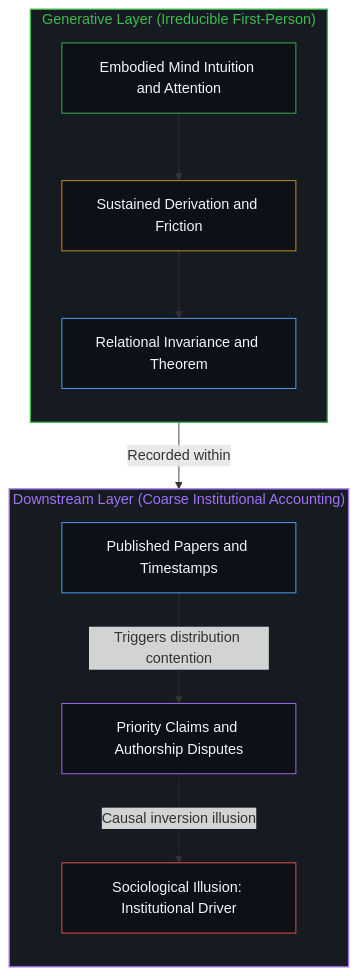
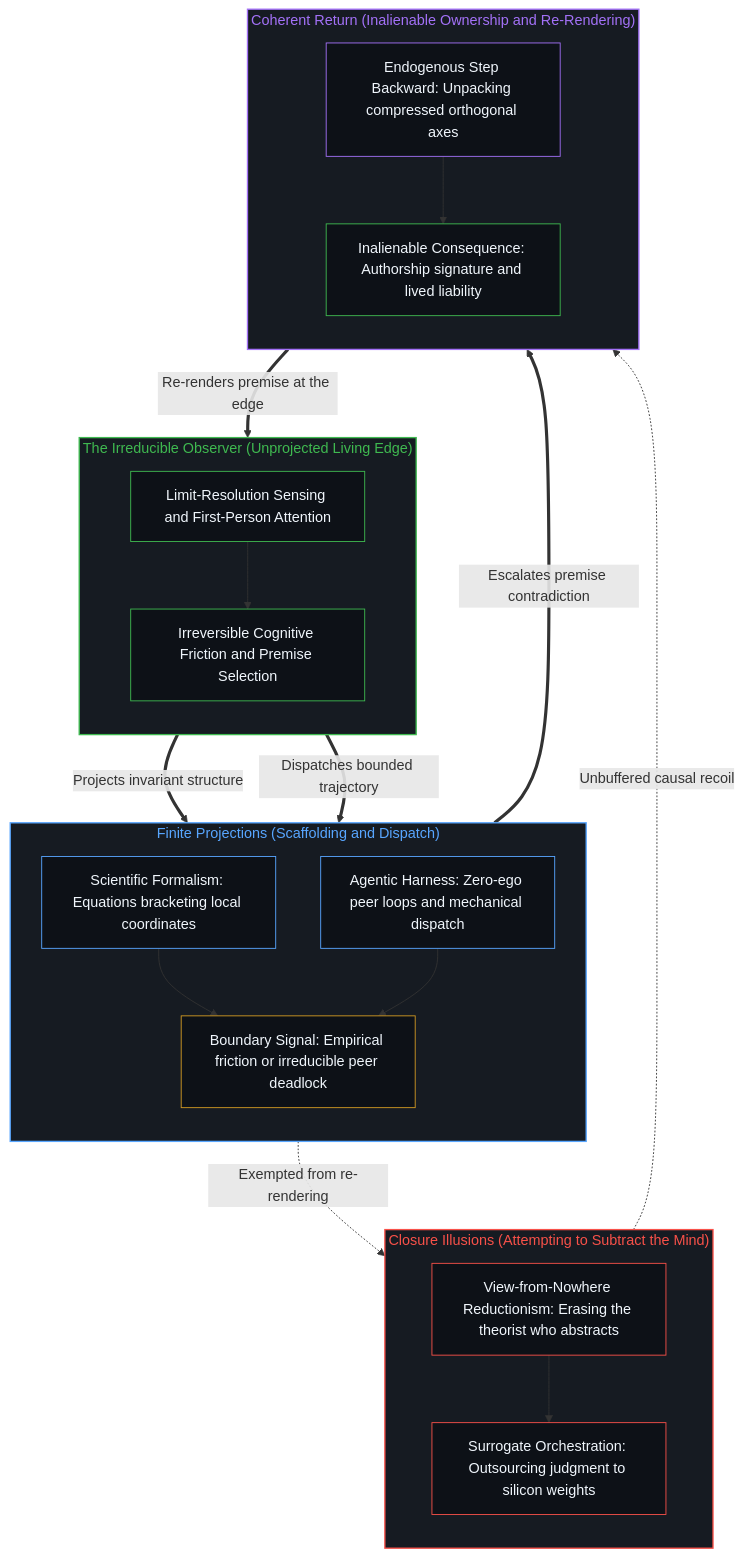
Before and after one commit to powerpig99/not-a-toe: the second of 2 diagrams in content/posts/the-irreducible-observer.md, drawn with Mermaid. The commit also changed other lines of this file and 3 other files, not shown here.

Commit message:
Sleep Wave 3 (L2 #67-#68): Refine the-irreducible-observer & when-observation-becomes-performance

````diff
--- a/content/posts/the-irreducible-observer.md
+++ b/content/posts/the-irreducible-observer.md
@@ -49,29 +98,52 @@
 ```mermaid
 flowchart TD
-    subgraph S_Source ["Generative Layer (Irreducible First-Person)"]
+    subgraph S_Origin ["The Irreducible Observer (Unprojected Living Edge)"]
         direction TB
-        style S_Source fill:#161b22,stroke:#3fb950,stroke-width:1.5px,color:#3fb950
-        Mind["Embodied Mind Intuition and Attention"]
-        Friction["Sustained Derivation and Friction"]
-        Invariant["Relational Invariance and Theorem"]
-        style Mind fill:#0d1117,stroke:#3fb950,stroke-width:1px,color:#f0f6fc
-        style Friction fill:#0d1117,stroke:#d29922,stroke-width:1px,color:#f0f6fc
-        style Invariant fill:#0d1117,stroke:#58a6ff,stroke-width:1px,color:#f0f6fc
+        style S_Origin fill:#161b22,stroke:#3fb950,stroke-width:1.5px,color:#3fb950
+        O_Sense["Limit-Resolution Sensing and First-Person Attention"]
+        O_Cut["Irreversible Cognitive Friction and Premise Selection"]
+        style O_Sense fill:#0d1117,stroke:#3fb950,stroke-width:1px,color:#f0f6fc
+        style O_Cut fill:#0d1117,stroke:#3fb950,stroke-width:1px,color:#f0f6fc
+        O_Sense --> O_Cut
     end
 
-    subgraph S_Apparatus ["Downstream Layer (Coarse Institutional Accounting)"]
+    subgraph S_Proj ["Finite Projections (Scaffolding and Dispatch)"]
         direction TB
-        style S_Apparatus fill:#161b22,stroke:#a371f7,stroke-width:1.5px,color:#a371f7
-        Papers["Published Papers and Timestamps"]
-        Disputes["Priority Claims and Authorship Disputes"]
-        Sociology["Sociological Illusion: Institutional Driver"]
-        style Papers fill:#0d1117,stroke:#58a6ff,stroke-width:1px,color:#f0f6fc
-        style Disputes fill:#0d1117,stroke:#a371f7,stroke-width:1px,color:#f0f6fc
-        style Sociology fill:#0d1117,stroke:#f85149,stroke-width:1px,color:#f0f6fc
+        style S_Proj fill:#161b22,stroke:#58a6ff,stroke-width:1.5px,color:#58a6ff
+        P_Theory["Scientific Formalism: Equations bracketing local coordinates"]
+        P_Agent["Agentic Harness: Zero-ego peer loops and mechanical dispatch"]
+        P_Signal["Boundary Signal: Empirical friction or irreducible peer deadlock"]
+        style P_Theory fill:#0d1117,stroke:#58a6ff,stroke-width:1px,color:#f0f6fc
+        style P_Agent fill:#0d1117,stroke:#58a6ff,stroke-width:1px,color:#f0f6fc
+        style P_Signal fill:#0d1117,stroke:#d29922,stroke-width:1px,color:#f0f6fc
+        P_Theory --> P_Signal
+        P_Agent --> P_Signal
     end
 
-    Mind --> Friction --> Invariant
-    Invariant -->|"Recorded within"| Papers
-    Papers -->|"Triggers distribution contention"| Disputes
-    Disputes -.->|"Causal inversion illusion"| Sociology
+    subgraph S_Inversion ["Closure Illusions (Attempting to Subtract the Mind)"]
+        direction TB
+        style S_Inversion fill:#161b22,stroke:#f85149,stroke-width:1.5px,color:#f85149
+        I_Nowhere["View-from-Nowhere Reductionism: Erasing the theorist who abstracts"]
+        I_Oracle["Surrogate Orchestration: Outsourcing judgment to silicon weights"]
+        style I_Nowhere fill:#0d1117,stroke:#f85149,stroke-width:1px,color:#f0f6fc
+        style I_Oracle fill:#0d1117,stroke:#f85149,stroke-width:1px,color:#f0f6fc
+        I_Nowhere --> I_Oracle
+    end
+
+    subgraph S_Return ["Coherent Return (Inalienable Ownership and Re-Rendering)"]
+        direction TB
+        style S_Return fill:#161b22,stroke:#a371f7,stroke-width:1.5px,color:#a371f7
+        R_Step["Endogenous Step Backward: Unpacking compressed orthogonal axes"]
+        R_Claim["Inalienable Consequence: Authorship signature and lived liability"]
+        style R_Step fill:#0d1117,stroke:#a371f7,stroke-width:1px,color:#f0f6fc
+        style R_Claim fill:#0d1117,stroke:#3fb950,stroke-width:1px,color:#f0f6fc
+        R_Step --> R_Claim
+    end
+
+    O_Cut ==>|"Projects invariant structure"| P_Theory
+    O_Cut ==>|"Dispatches bounded trajectory"| P_Agent
+    P_Signal -.->|"Exempted from re-rendering"| I_Nowhere
+    I_Oracle -.->|"Unbuffered causal recoil"| R_Claim
+    P_Signal ==>|"Escalates premise contradiction"| R_Step
+    R_Claim ==>|"Re-renders premise at the edge"| O_Sense
 ```
````
